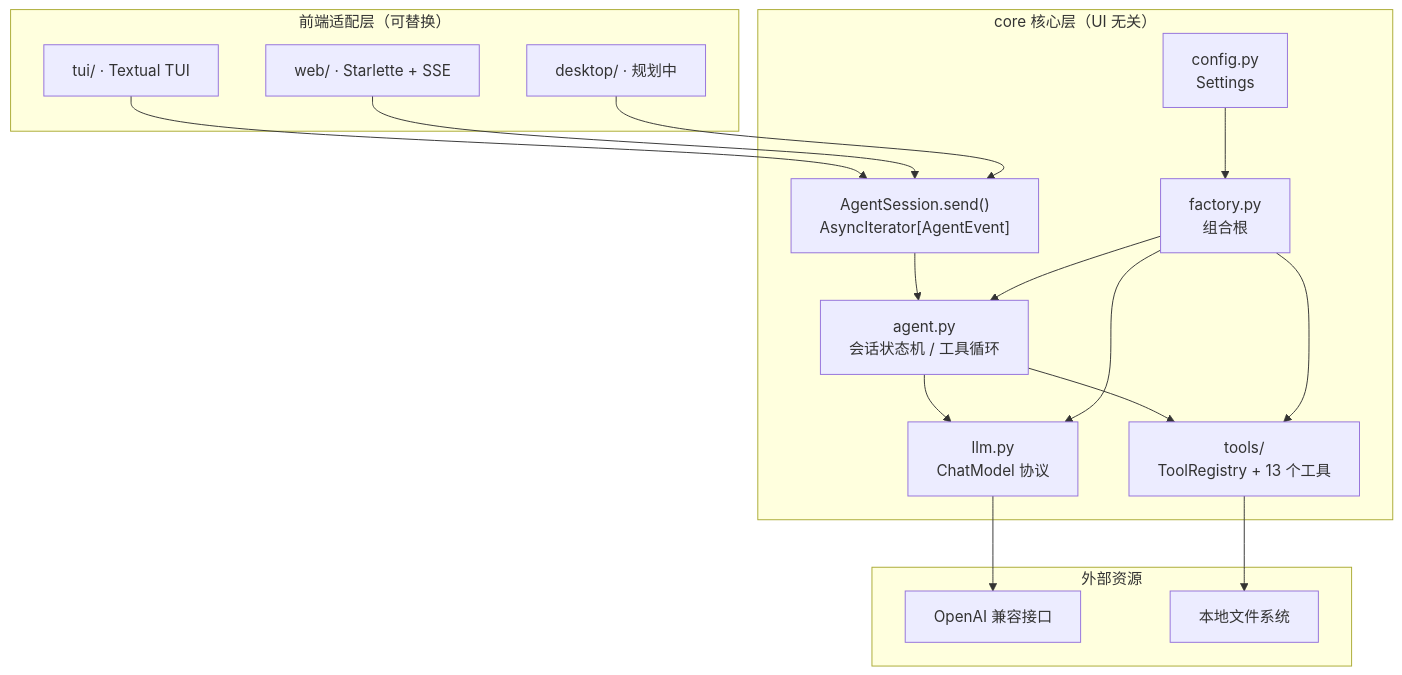
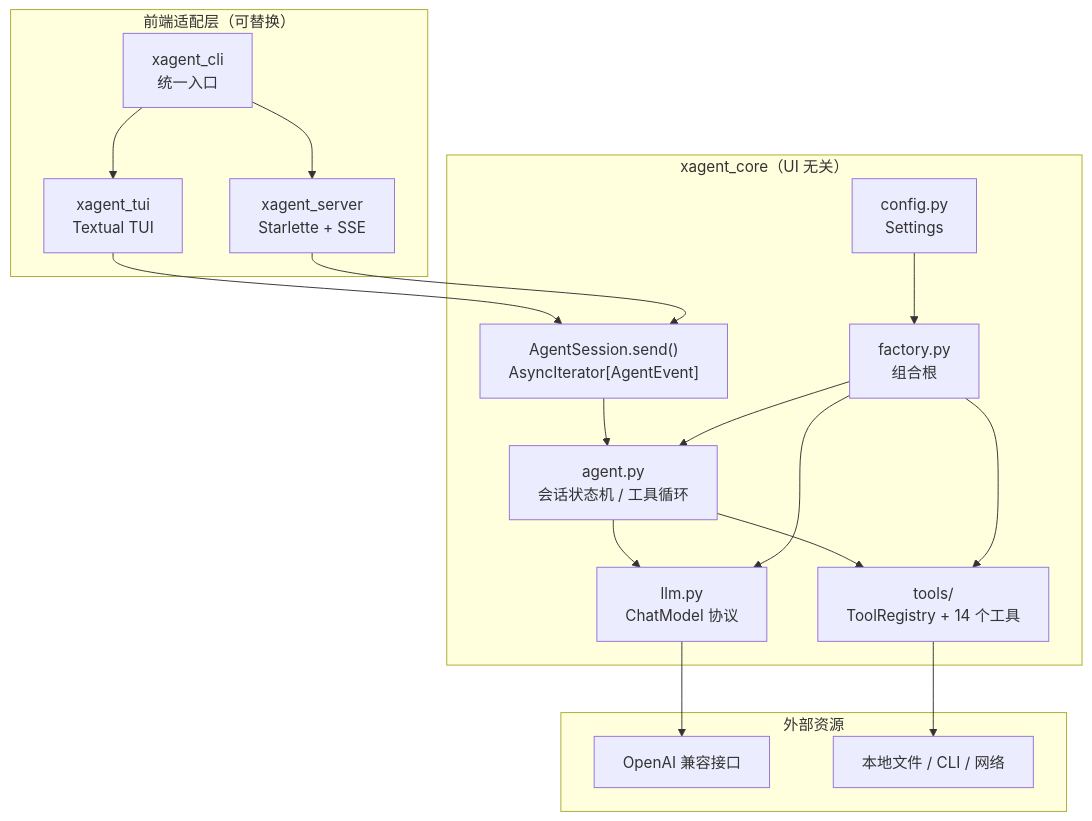
One commit to weiwei150/weiwei150 changed the diagram in agent/xagent/README.md. Above: the diagram before and after it, drawn with Mermaid. The commit also changed other lines of this file and 46 other files, not shown here.

````diff
--- a/agent/xagent/README.md
+++ b/agent/xagent/README.md
@@ -84,34 +86,35 @@
 ```mermaid
 flowchart TB
     subgraph FRONT["前端适配层（可替换）"]
-        TUI["tui/ · Textual TUI"]
-        WEB["web/ · Starlette + SSE"]
-        DESKTOP["desktop/ · 规划中"]
+        TUI["xagent_tui<br/>Textual TUI"]
+        WEB["xagent_server<br/>Starlette + SSE"]
+        CLI["xagent_cli<br/>统一入口"]
     end
 
-    subgraph CORE["core 核心层（UI 无关）"]
+    subgraph CORE["xagent_core（UI 无关）"]
         API["AgentSession.send()<br/>AsyncIterator[AgentEvent]"]
         AGENT["agent.py<br/>会话状态机 / 工具循环"]
         LLM["llm.py<br/>ChatModel 协议"]
-        TOOLS["tools/<br/>ToolRegistry + 13 个工具"]
+        TOOLS["tools/<br/>ToolRegistry + 14 个工具"]
         CONFIG["config.py<br/>Settings"]
         FACTORY["factory.py<br/>组合根"]
     end
 
     subgraph EXT["外部资源"]
         APIEXT["OpenAI 兼容接口"]
-        FS["本地文件系统"]
+        FS["本地文件 / CLI / 网络"]
     end
 
+    CLI --> TUI
+    CLI --> WEB
     TUI --> API
     WEB --> API
-    DESKTOP --> API
 
     API --> AGENT
     AGENT --> LLM --> APIEXT
     AGENT --> TOOLS --> FS
     FACTORY --> AGENT
     FACTORY --> LLM
     FACTORY --> TOOLS
     CONFIG --> FACTORY
 ```
````
